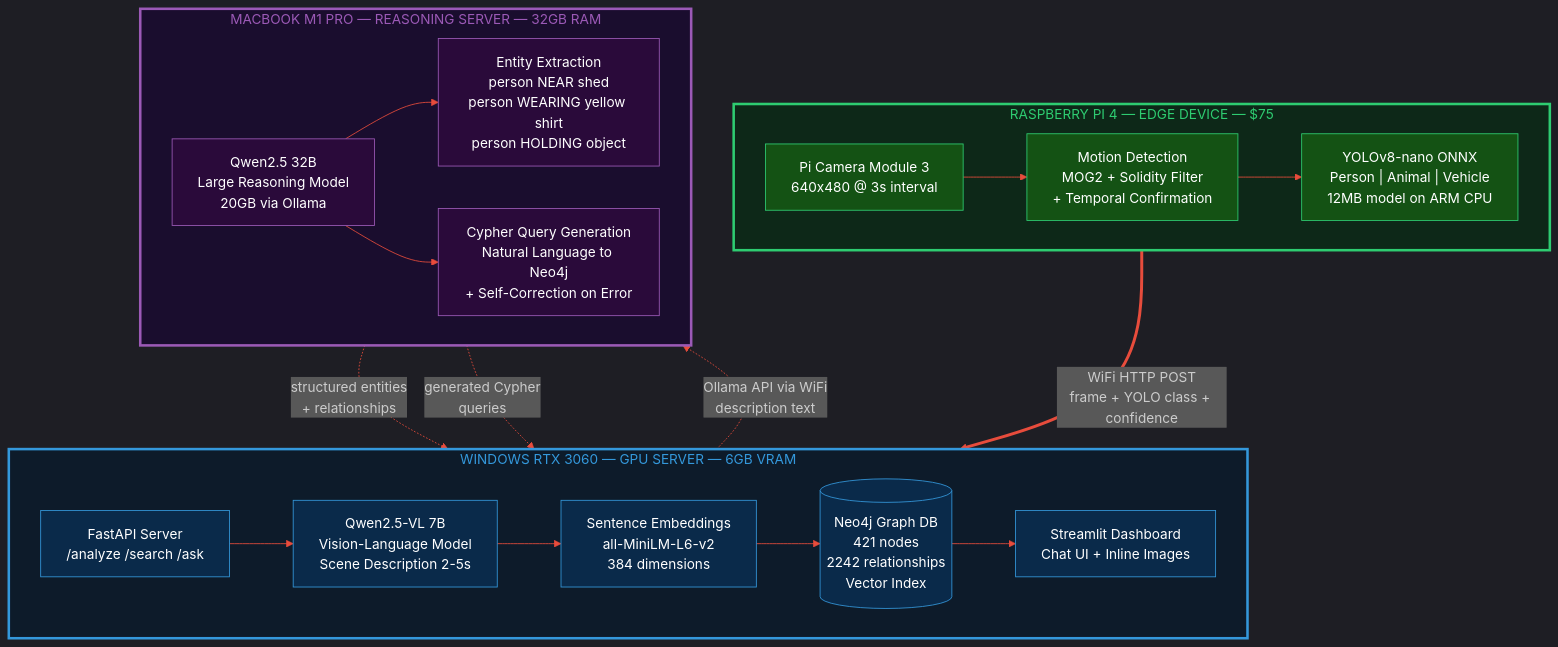
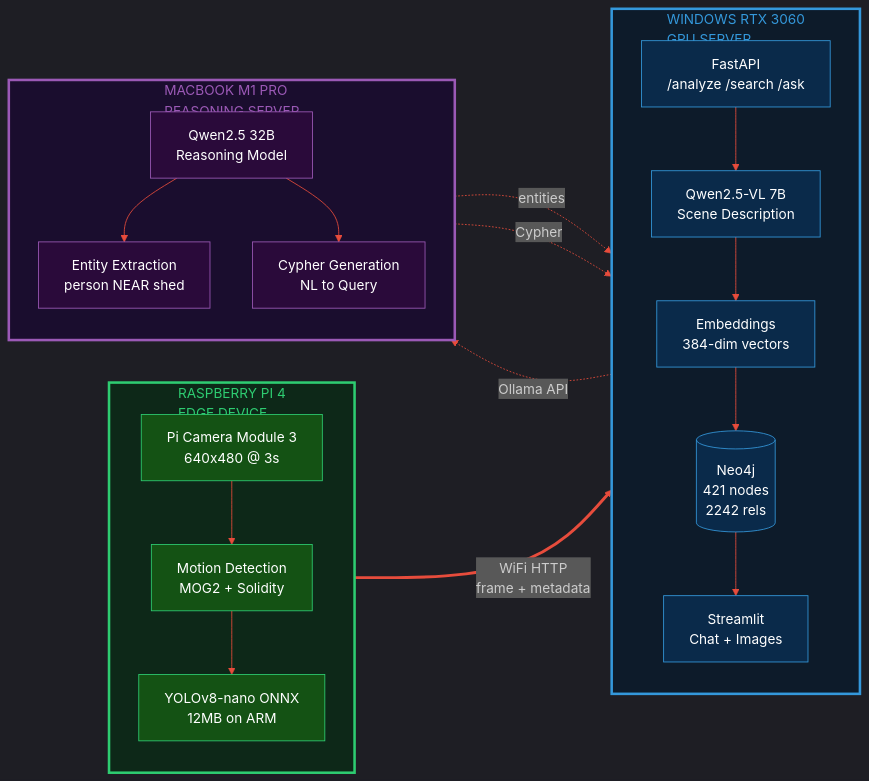
The diagram in README.md (ChallapalliHemanthsaikumar/MontiortoQuery), drawn with Mermaid before and after one commit.

Commit message:
Make architecture diagram wider with compact height

````diff
--- a/README.md
+++ b/README.md
@@ -13,55 +13,54 @@
 ```mermaid
 %%{init: {'theme': 'dark', 'themeVariables': {'primaryColor': '#1a1a2e', 'primaryTextColor': '#fff', 'primaryBorderColor': '#3498db', 'lineColor': '#e74c3c', 'secondaryColor': '#16213e', 'tertiaryColor': '#0f3460', 'fontSize': '16px', 'nodeTextSize': '16px'}}}%%
 
-flowchart TB
-    subgraph PI["RASPBERRY PI 4 — EDGE DEVICE — $75"]
-        direction LR
-        CAM["Pi Camera Module 3<br/>640x480 @ 3s interval"]
-        MOT["Motion Detection<br/>MOG2 + Solidity Filter<br/>+ Temporal Confirmation"]
-        YOLO["YOLOv8-nano ONNX<br/>Person | Animal | Vehicle<br/>12MB model on ARM CPU"]
+flowchart LR
+    subgraph PI["RASPBERRY PI 4<br/>EDGE DEVICE"]
+        direction TB
+        CAM["Pi Camera Module 3<br/>640x480 @ 3s"]
+        MOT["Motion Detection<br/>MOG2 + Solidity"]
+        YOLO["YOLOv8-nano ONNX<br/>12MB on ARM"]
         CAM --> MOT --> YOLO
     end
 
-    subgraph WIN["WINDOWS RTX 3060 — GPU SERVER — 6GB VRAM"]
-        direction LR
-        API["FastAPI Server<br/>/analyze  /search  /ask"]
-        VLM["Qwen2.5-VL 7B<br/>Vision-Language Model<br/>Scene Description 2-5s"]
-        EMB["Sentence Embeddings<br/>all-MiniLM-L6-v2<br/>384 dimensions"]
-        NEO[("Neo4j Graph DB<br/>421 nodes<br/>2242 relationships<br/>Vector Index")]
-        DASH["Streamlit Dashboard<br/>Chat UI + Inline Images"]
-        API --> VLM --> EMB --> NEO
-        NEO --> DASH
+    subgraph WIN["WINDOWS RTX 3060<br/>GPU SERVER"]
+        direction TB
+        API["FastAPI<br/>/analyze /search /ask"]
+        VLM["Qwen2.5-VL 7B<br/>Scene Description"]
+        EMB["Embeddings<br/>384-dim vectors"]
+        NEO[("Neo4j<br/>421 nodes<br/>2242 rels")]
+        DASH["Streamlit<br/>Chat + Images"]
+        API --> VLM --> EMB --> NEO --> DASH
     end
 
-    subgraph MAC["MACBOOK M1 PRO — REASONING SERVER — 32GB RAM"]
-        direction LR
-        LLM["Qwen2.5 32B<br/>Large Reasoning Model<br/>20GB via Ollama"]
-        ENT["Entity Extraction<br/>person NEAR shed<br/>person WEARING yellow shirt<br/>person HOLDING object"]
-        CYP["Cypher Query Generation<br/>Natural Language to Neo4j<br/>+ Self-Correction on Error"]
+    subgraph MAC["MACBOOK M1 PRO<br/>REASONING SERVER"]
+        direction TB
+        LLM["Qwen2.5 32B<br/>Reasoning Model"]
+        ENT["Entity Extraction<br/>person NEAR shed"]
+        CYP["Cypher Generation<br/>NL to Query"]
         LLM --> ENT
         LLM --> CYP
     end
 
-    YOLO ==>|"WiFi HTTP POST<br/>frame + YOLO class + confidence"| API
-    VLM -.->|"Ollama API via WiFi<br/>description text"| LLM
-    ENT -.->|"structured entities<br/>+ relationships"| NEO
-    CYP -.->|"generated Cypher<br/>queries"| NEO
+    YOLO ==>|"WiFi HTTP<br/>frame + metadata"| API
+    VLM -.->|"Ollama API"| LLM
+    ENT -.->|"entities"| NEO
+    CYP -.->|"Cypher"| NEO
 
     style PI fill:#0d2818,stroke:#2ecc71,stroke-width:3px,color:#2ecc71
     style WIN fill:#0d1b2a,stroke:#3498db,stroke-width:3px,color:#3498db
     style MAC fill:#1a0d2e,stroke:#9b59b6,stroke-width:3px,color:#9b59b6
 
     style CAM fill:#145214,stroke:#2ecc71,color:#fff
     style MOT fill:#145214,stroke:#2ecc71,color:#fff
     style YOLO fill:#145214,stroke:#2ecc71,color:#fff
 
     style API fill:#0a2a4a,stroke:#3498db,color:#fff
     style VLM fill:#0a2a4a,stroke:#3498db,color:#fff
     style EMB fill:#0a2a4a,stroke:#3498db,color:#fff
     style NEO fill:#0a2a4a,stroke:#3498db,color:#fff
     style DASH fill:#0a2a4a,stroke:#3498db,color:#fff
 
     style LLM fill:#2a0a3a,stroke:#9b59b6,color:#fff
     style ENT fill:#2a0a3a,stroke:#9b59b6,color:#fff
     style CYP fill:#2a0a3a,stroke:#9b59b6,color:#fff
 ```
````
